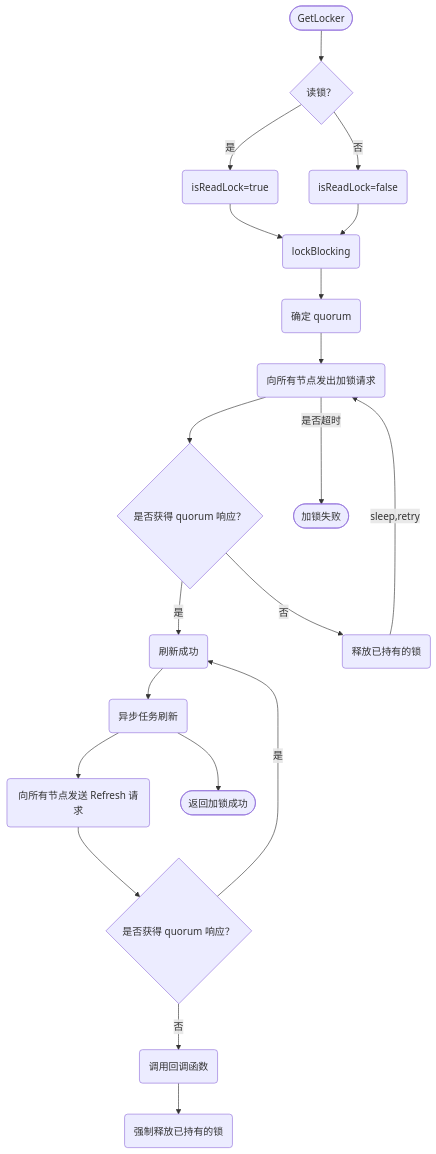
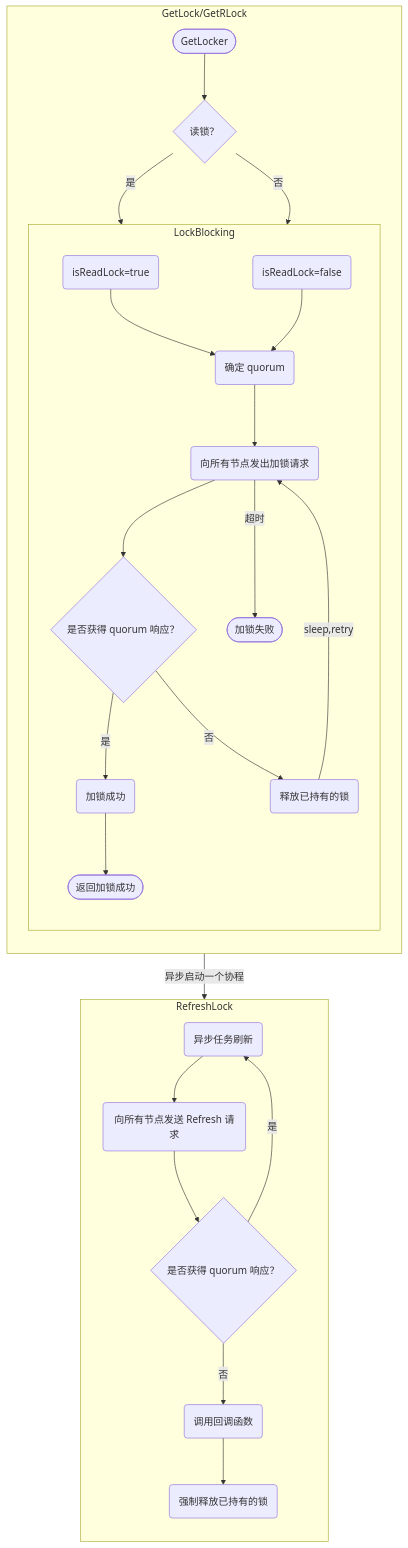
The diagram in docs/blog/posts/2025/minio-lock.md (YzmjY/YzmjY.github.io), drawn with Mermaid before and after one commit. The commit also changed other lines of this file, not shown here.

Commit message:
20250727-1

````diff
--- a/docs/blog/posts/2025/minio-lock.md
+++ b/docs/blog/posts/2025/minio-lock.md
@@ -114,23 +117,31 @@
 ```mermaid
 flowchart TD
-    Start([GetLocker])
-    Start --> Read{读锁？}
-    Read -- 是 --> SetR(isReadLock=true)
-    Read -- 否 --> SetW(isReadLock=false)
-    SetR --> lockBlocking(lockBlocking)
-    SetW --> lockBlocking(lockBlocking)
-    lockBlocking --> quorum(确定 quorum)
-    quorum --> lock(向所有节点发出加锁请求)
-    lock --> quorumResponse{是否获得 quorum 响应？}
-    lock -- 是否超时 --> timeout([加锁失败])
-    quorumResponse -- 是 --> success(加锁成功)
-    quorumResponse -- 否 --> release(释放已持有的锁)
-    release -- sleep,retry --> lock
-    success --> startContinuousLockRefresh(异步任务刷新)
-    startContinuousLockRefresh --> refresh(向所有节点发送 Refresh 请求)
-    refresh --> quorumResponse2{是否获得 quorum 响应？}
-    quorumResponse2 -- 是 --> success(刷新成功)
-    quorumResponse2 -- 否 --> cb(调用回调函数)
-    cb --> forceUnlock(强制释放已持有的锁)
-    startContinuousLockRefresh --> return([返回加锁成功])
+  subgraph GetLock/GetRLock
+    direction TB
+        Start([GetLocker])
+        Start --> Read{读锁？}
+        Read -- 是 --> SetR(isReadLock=true)
+        Read -- 否 --> SetW(isReadLock=false)
+    subgraph LockBlocking
+        direction TB
+            SetR --> quorum(确定 quorum)
+            SetW --> quorum(确定 quorum)
+            quorum --> lock(向所有节点发出加锁请求)
+            lock --> quorumResponse{是否获得 quorum 响应？}
+            lock -- 超时 --> timeout([加锁失败])
+            quorumResponse -- 是 --> success(加锁成功)
+            quorumResponse -- 否 --> release(释放已持有的锁)
+            release -- sleep,retry --> lock
+            success --> return([返回加锁成功]) 
+    end
+  end
+  subgraph RefreshLock
+    direction TB
+        success --异步启动一个协程--> startContinuousLockRefresh(异步任务刷新)
+        startContinuousLockRefresh --> refresh(向所有节点发送 Refresh 请求)
+        refresh --> quorumResponse2{是否获得 quorum 响应？}
+        quorumResponse2 -- 是 --> startContinuousLockRefresh
+        quorumResponse2 -- 否 --> cb(调用回调函数)
+        cb --> forceUnlock(强制释放已持有的锁)
+  end
 ```
````
